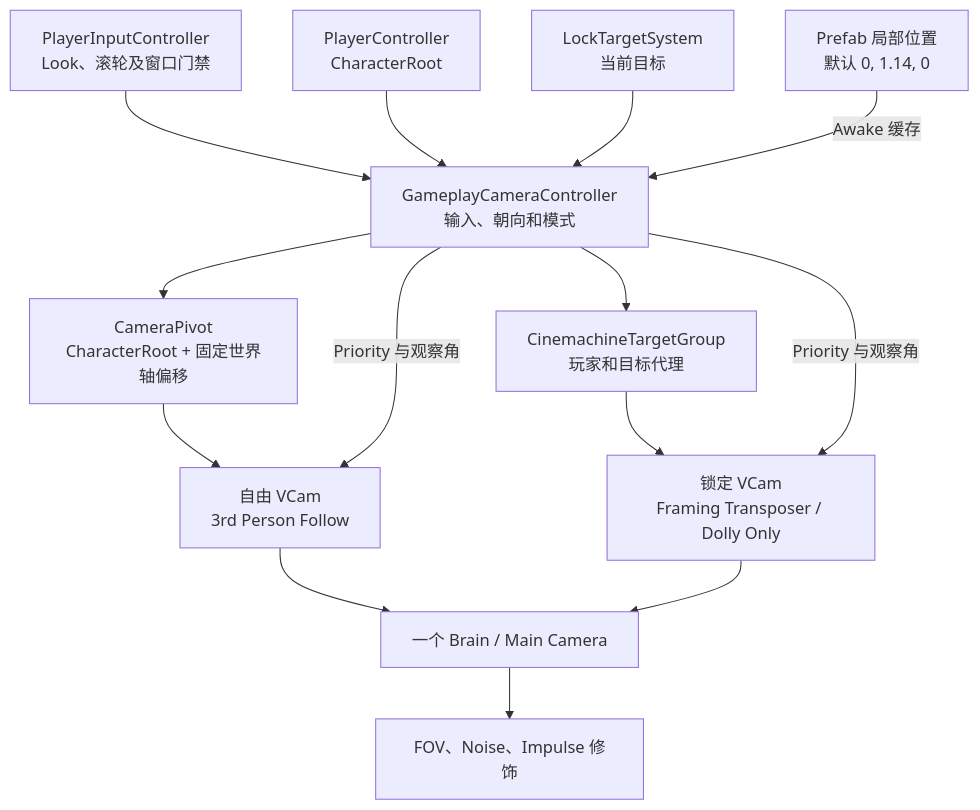
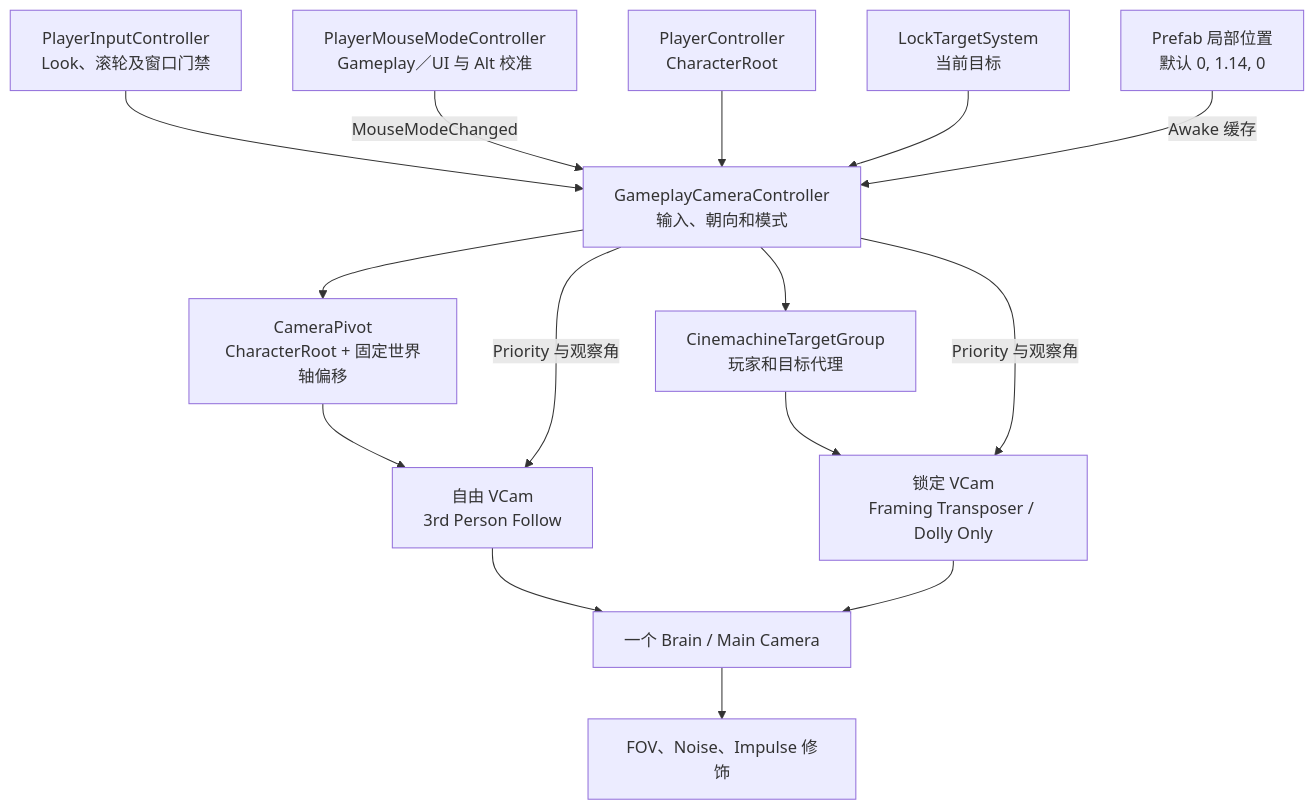
The first of 2 diagrams in Assets/Scripts/CameraSystem/ReadMe/GameplayCamera.md (Whitesheeeep/3DRPG), drawn with Mermaid before and after one commit. The commit also changed other lines of this file and 13 other files, not shown here.

````diff
--- a/Assets/Scripts/CameraSystem/ReadMe/GameplayCamera.md
+++ b/Assets/Scripts/CameraSystem/ReadMe/GameplayCamera.md
@@ -5,27 +5,29 @@
 ```mermaid
 flowchart TD
     Input["PlayerInputController<br/>Look、滚轮及窗口门禁"]
+    MouseMode["PlayerMouseModeController<br/>Gameplay／UI 与 Alt 校准"]
     Player["PlayerController<br/>CharacterRoot"]
     Lock["LockTargetSystem<br/>当前目标"]
     Controller["GameplayCameraController<br/>输入、朝向和模式"]
     Pivot["CameraPivot<br/>CharacterRoot + 固定世界轴偏移"]
     Group["CinemachineTargetGroup<br/>玩家和目标代理"]
     Free["自由 VCam<br/>3rd Person Follow"]
     Locked["锁定 VCam<br/>Framing Transposer / Dolly Only"]
     Brain["一个 Brain / Main Camera"]
     Mods["FOV、Noise、Impulse 修饰"]
 
     Input --> Controller
+    MouseMode -->|MouseModeChanged| Controller
     Player --> Controller
     Lock --> Controller
     PivotConfig["Prefab 局部位置<br/>默认 0, 1.14, 0"] -->|Awake 缓存| Controller
     Controller --> Pivot
     Controller --> Group
     Pivot --> Free
     Group --> Locked
     Controller -->|Priority 与观察角| Free
     Controller -->|Priority 与观察角| Locked
     Free --> Brain
     Locked --> Brain
     Brain --> Mods
 ```
````
